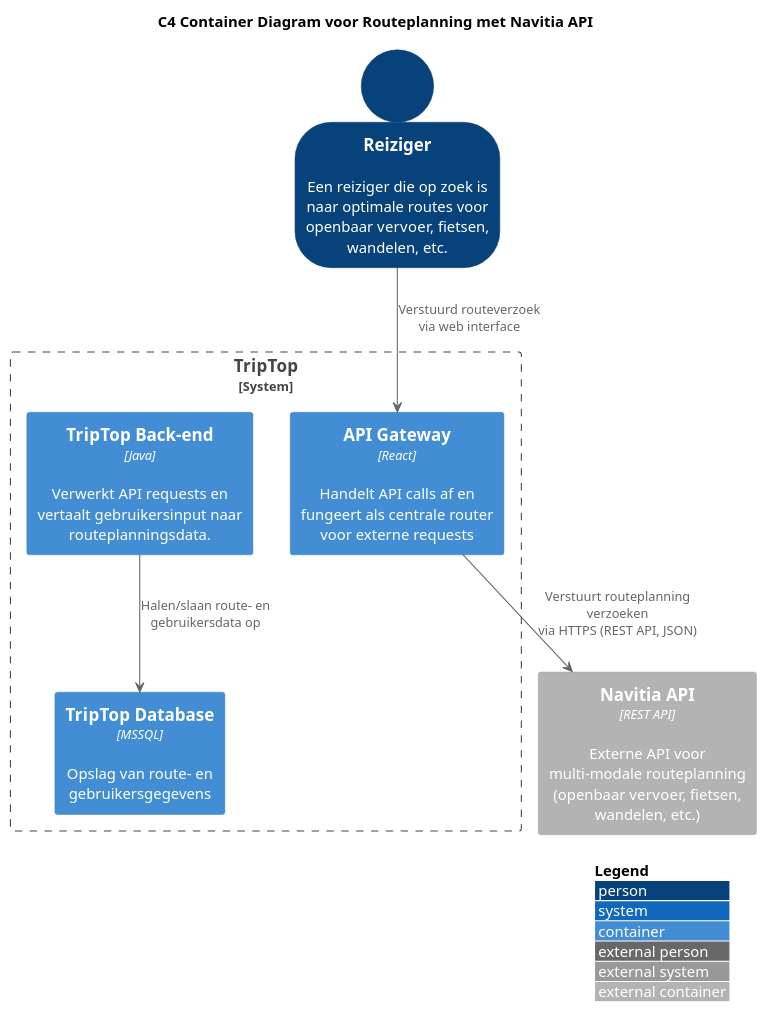
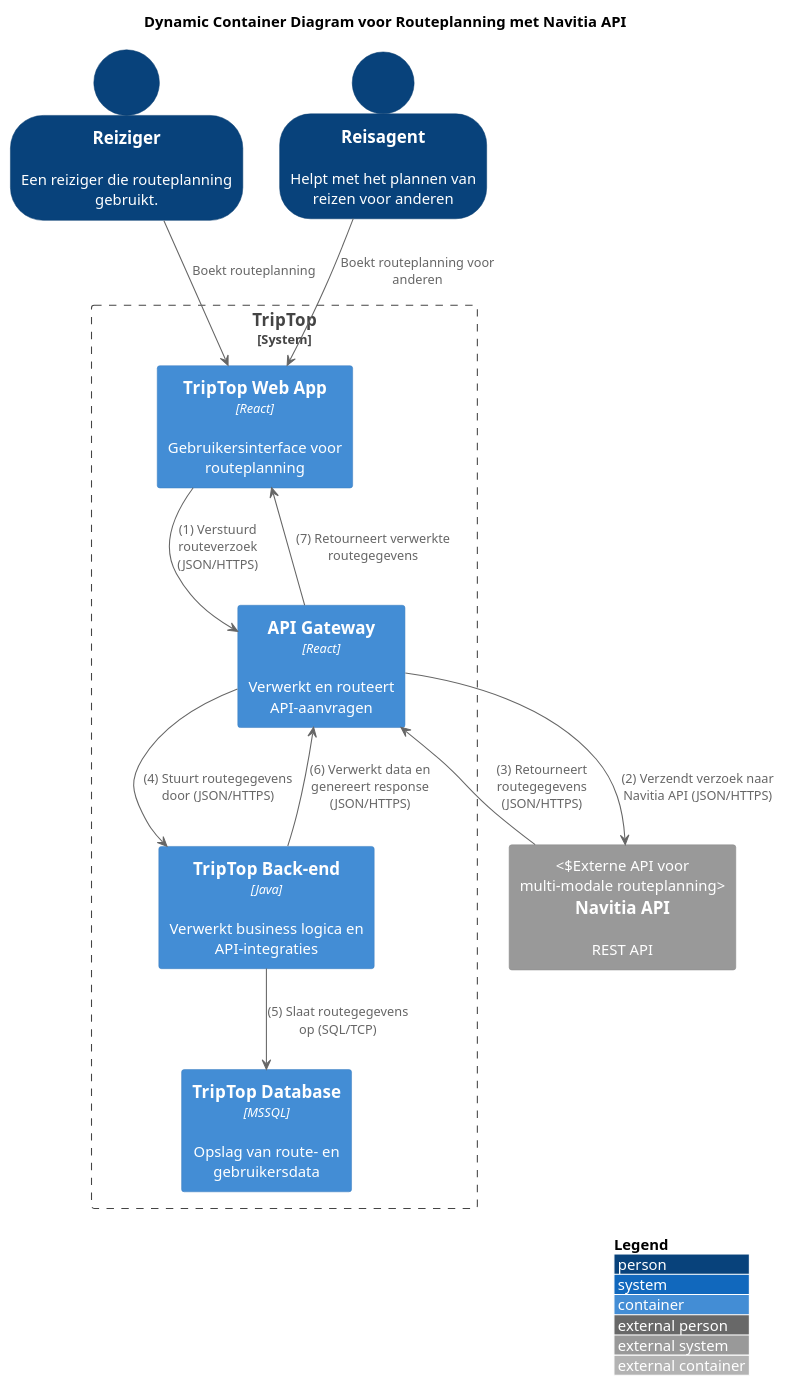
One commit to AIM-ENE-feb25/triptop-jrn changed the diagram in huiswerkJae/V1-dynamicContainerNavitiaApi.plantuml. Above: the diagram before and after it, drawn with PlantUML. The commit also changed 1 other file, not shown here.

Commit message:
dynamic container reizen en vlucht

```diff
--- a/huiswerkJae/V1-dynamicContainerNavitiaApi.plantuml
+++ b/huiswerkJae/V1-dynamicContainerNavitiaApi.plantuml
@@ -1,29 +1,37 @@
 @startuml
-
 !include https://raw.githubusercontent.com/plantuml-stdlib/C4-PlantUML/master/C4_Context.puml
 !include <C4/C4_Container>
 
-title C4 Container Diagram voor Routeplanning met Navitia API
+title Dynamic Container Diagram voor Routeplanning met Navitia API
 
 LAYOUT_WITH_LEGEND()
 SHOW_PERSON_OUTLINE()
 
-' Definieer een gebruiker die routeplanning zoekt
-Person(Reiziger, "Reiziger", "Een reiziger die op zoek is naar optimale routes voor openbaar vervoer, fietsen, wandelen, etc.")
+' Personen bovenaan
+Person(Reiziger, "Reiziger", "Een reiziger die routeplanning gebruikt.")
+Person(Reisagent, "Reisagent", "Helpt met het plannen van reizen voor anderen")
 
-' Definieer de interne systemen binnen de TripTop boundary
+' TripTop system boundary in het midden
 System_Boundary(triptop_core, "TripTop") {
-    Container(backend, "TripTop Back-end", "Java", "Verwerkt API requests en vertaalt gebruikersinput naar routeplanningsdata.")
-    Container(db, "TripTop Database", "MSSQL", "Opslag van route- en gebruikersgegevens")
-    Container(gateway, "API Gateway", "React", "Handelt API calls af en fungeert als centrale router voor externe requests")
+    Container(ui, "TripTop Web App", "React", "Gebruikersinterface voor routeplanning")
+    Container(gateway, "API Gateway", "React", "Verwerkt en routeert API-aanvragen")
+    Container(backend, "TripTop Back-end", "Java", "Verwerkt business logica en API-integraties")
+    Container(db, "TripTop Database", "MSSQL", "Opslag van route- en gebruikersdata")
 }
 
-' Definieer het externe systeem voor routeplanning
-Container_Ext(Navitia, "Navitia API", "REST API", "Externe API voor multi-modale routeplanning (openbaar vervoer, fietsen, wandelen, etc.)")
+' Externe systemen onderaan
+System_Ext(navitia, "Navitia API", "REST API", "Externe API voor multi-modale routeplanning")
 
-' Relaties
-Reiziger --> gateway : "Verstuurd routeverzoek via web interface"
-gateway --> Navitia : "Verstuurt routeplanning verzoeken\nvia HTTPS (REST API, JSON)"
-backend --> db : "Halen/slaan route- en gebruikersdata op"
+' Dynamische interacties met genummerde stappen
+Reiziger --> ui : Boekt routeplanning
+Reisagent --> ui : Boekt routeplanning voor anderen
+
+ui --> gateway : (1) Verstuurd routeverzoek (JSON/HTTPS)
+gateway --> navitia : (2) Verzendt verzoek naar Navitia API (JSON/HTTPS)
+navitia --> gateway : (3) Retourneert routegegevens (JSON/HTTPS)
+gateway --> backend : (4) Stuurt routegegevens door (JSON/HTTPS)
+backend --> db : (5) Slaat routegegevens op (SQL/TCP)
+backend --> gateway : (6) Verwerkt data en genereert response (JSON/HTTPS)
+gateway --> ui : (7) Retourneert verwerkte routegegevens
 
 @enduml
```
